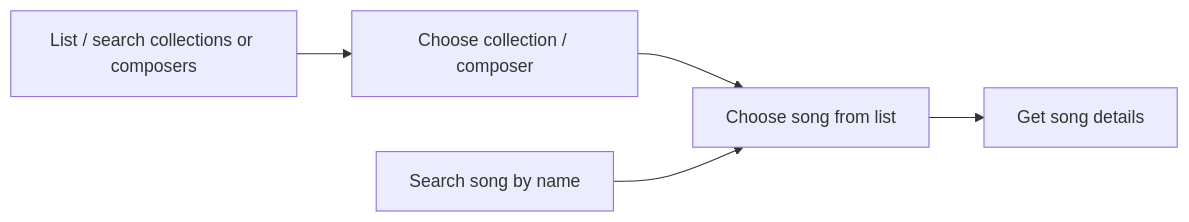
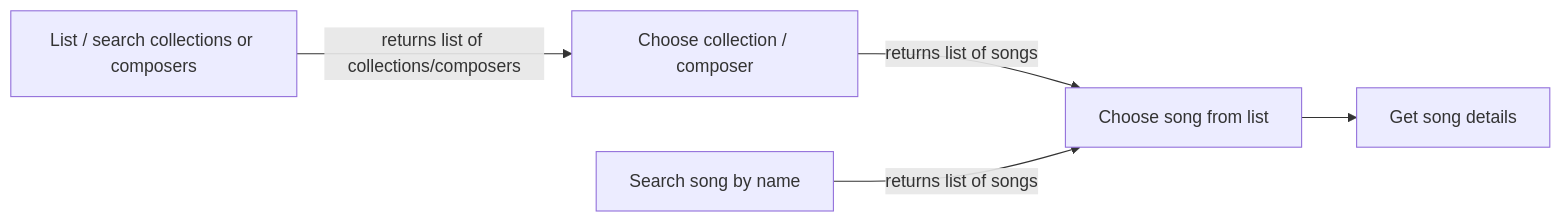
Before and after one commit to SimoHellgren/alkuaanet: the diagram in graph/README.md, drawn with Mermaid. The commit also changed other lines of this file, not shown here.

````diff
--- a/graph/README.md
+++ b/graph/README.md
@@ -55,17 +55,17 @@
 ```mermaid
 flowchart LR
     search_songs[Search song by name]
 
     search_group[List / search collections or composers ]
 
     choose_group[Choose collection / composer]
 
     choose_song[Choose song from list]
 
     get_song[Get song details]
 
-    search_group --> choose_group
-    choose_group --> choose_song
-    search_songs --> choose_song
+    search_group --returns list of collections/composers--> choose_group
+    choose_group --returns list of songs--> choose_song
+    search_songs --returns list of songs--> choose_song
     choose_song --> get_song
 ```
````
